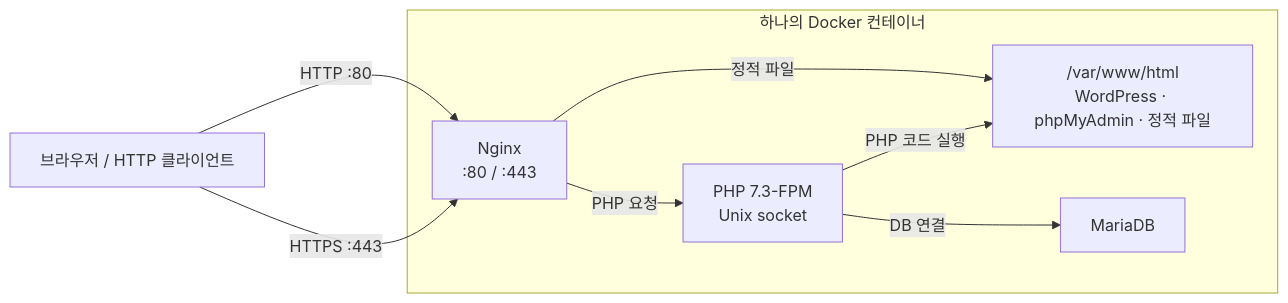
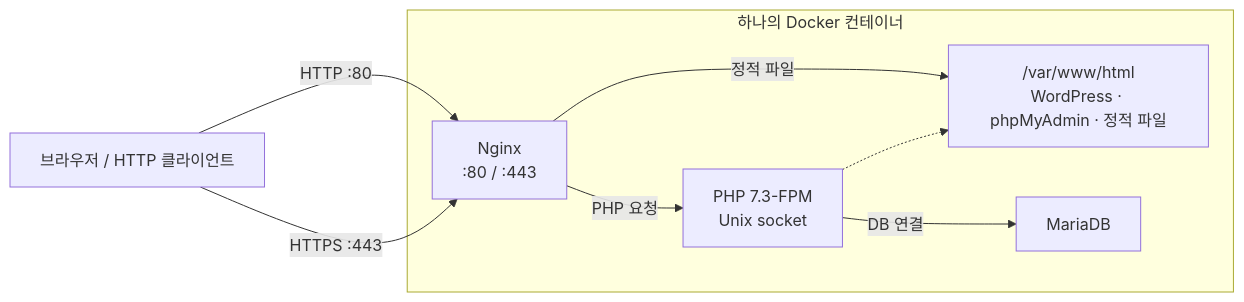
The diagram in README.md (tjung03/ft_server), drawn with Mermaid before and after one commit.

Commit message:
docs: clarify PHP file relationship in request diagram

````diff
--- a/README.md
+++ b/README.md
@@ -16,19 +16,19 @@
 ```mermaid
 flowchart LR
     C["브라우저 / HTTP 클라이언트"]
 
     subgraph CT["하나의 Docker 컨테이너"]
         N["Nginx<br/>:80 / :443"]
         F["PHP 7.3-FPM<br/>Unix socket"]
         W["/var/www/html<br/>WordPress · phpMyAdmin · 정적 파일"]
         D["MariaDB"]
 
         N -->|"정적 파일"| W
         N -->|"PHP 요청"| F
-        F -->|"PHP 코드 실행"| W
+        F -.-> W
         F -->|"DB 연결"| D
     end
 
     C -->|"HTTP :80"| N
     C -->|"HTTPS :443"| N
 ```
````
